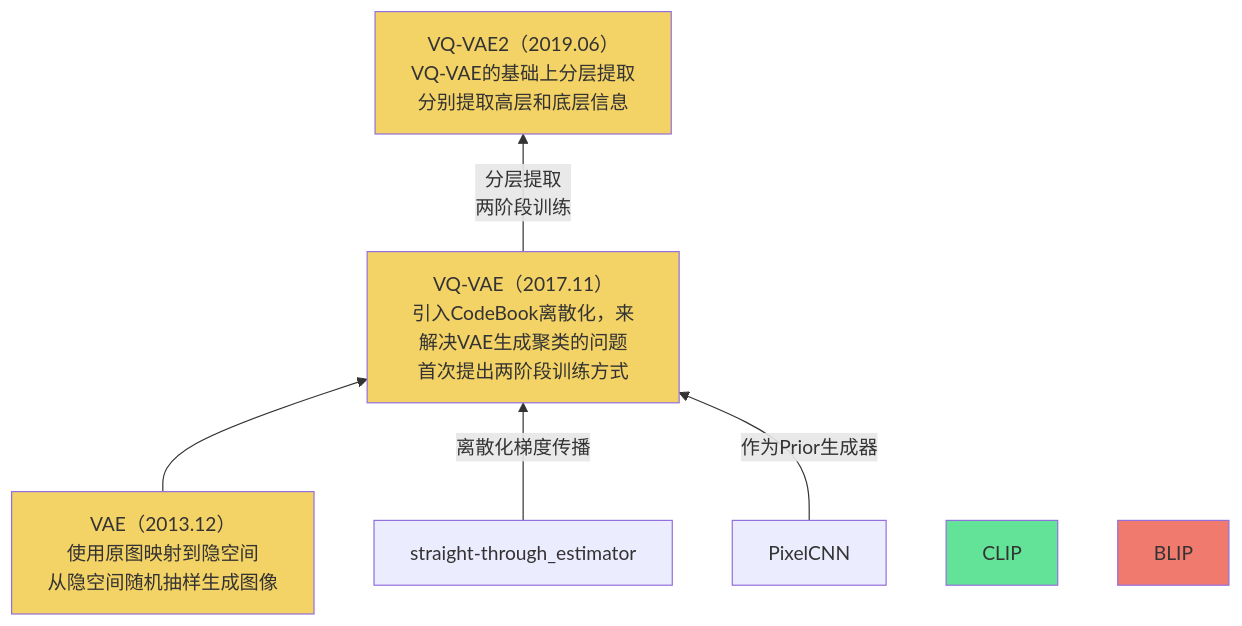
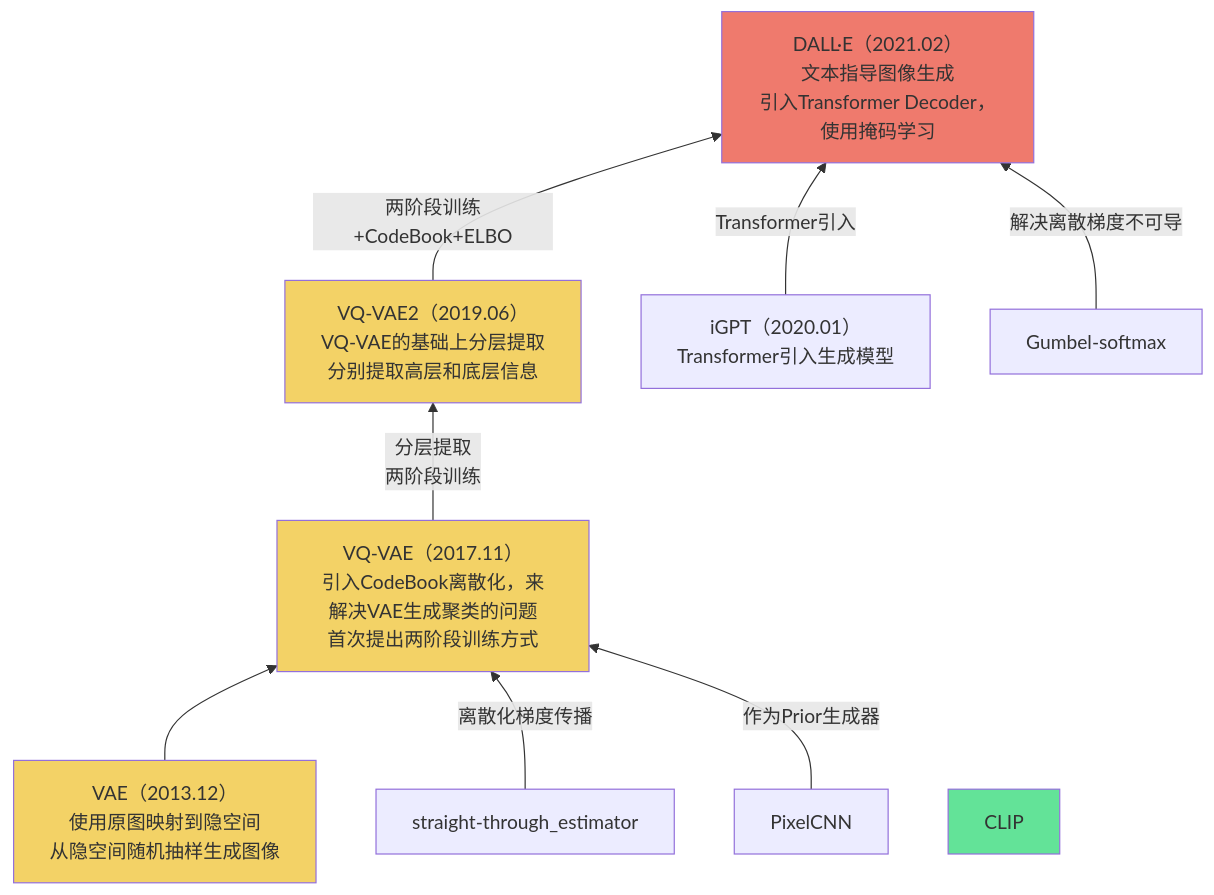
Before and after one commit to Elephant-King9/Paper: the third of 4 diagrams in Base_Model/GAN+VAE+Diffusion/analyse.md, drawn with Mermaid. The commit also changed other lines of this file and 5 other files, not shown here.

````diff
--- a/Base_Model/GAN+VAE+Diffusion/analyse.md
+++ b/Base_Model/GAN+VAE+Diffusion/analyse.md
@@ -44,18 +54,22 @@
 ```mermaid
 flowchart BT
 VAE-->VQ-VAE
 straight-through_estimator-->|离散化梯度传播|VQ-VAE
 PixelCNN-->|作为Prior生成器|VQ-VAE
 VQ-VAE-->|分层提取<br>两阶段训练|VQ-VAE2
+VQ-VAE2-->|两阶段训练+CodeBook+ELBO|DALL-E
+I-GPT-->|Transformer引入|DALL-E
+Gumbel-softmax-->|解决离散梯度不可导|DALL-E
 VAE[VAE（2013.12）<br>使用原图映射到隐空间<br>从隐空间随机抽样生成图像]
 	style VAE fill:#F3D266
 VQ-VAE[VQ-VAE（2017.11）<br>引入CodeBook离散化，来解决VAE生成聚类的问题<br>首次提出两阶段训练方式]
 	style VQ-VAE fill:#F3D266
 VQ-VAE2[VQ-VAE2（2019.06）<br>VQ-VAE的基础上分层提取<br>分别提取高层和底层信息]
 	style VQ-VAE2 fill:#F3D266
-
-
+DALL-E[DALL·E（2021.02）<br>文本指导图像生成<br>引入Transformer Decoder，使用掩码学习]
+	style DALL-E fill:#EF7A6D
+I-GPT[iGPT（2020.01）<br>Transformer引入生成模型]
+Gumbel-softmax[Gumbel-softmax]
 
 style CLIP fill:#63E398
-style BLIP fill:#EF7A6D
 ```
````
